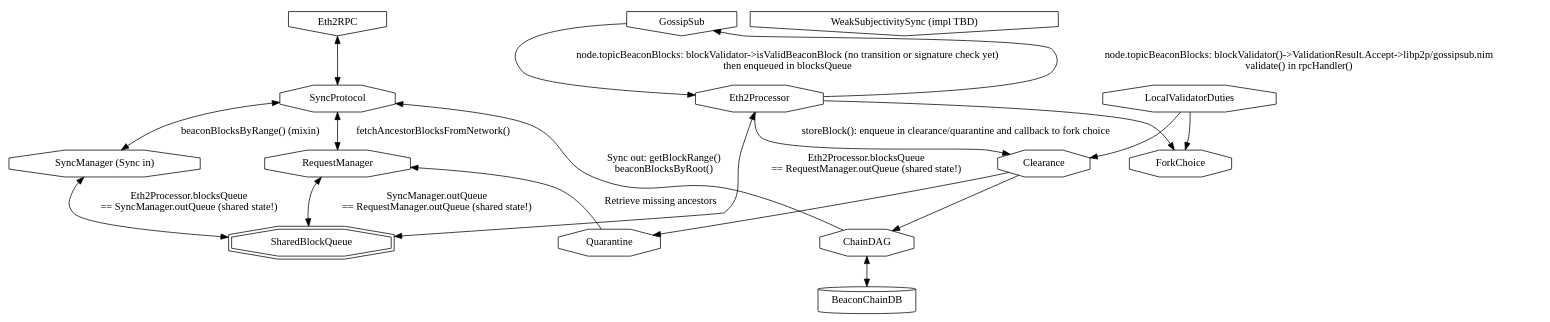
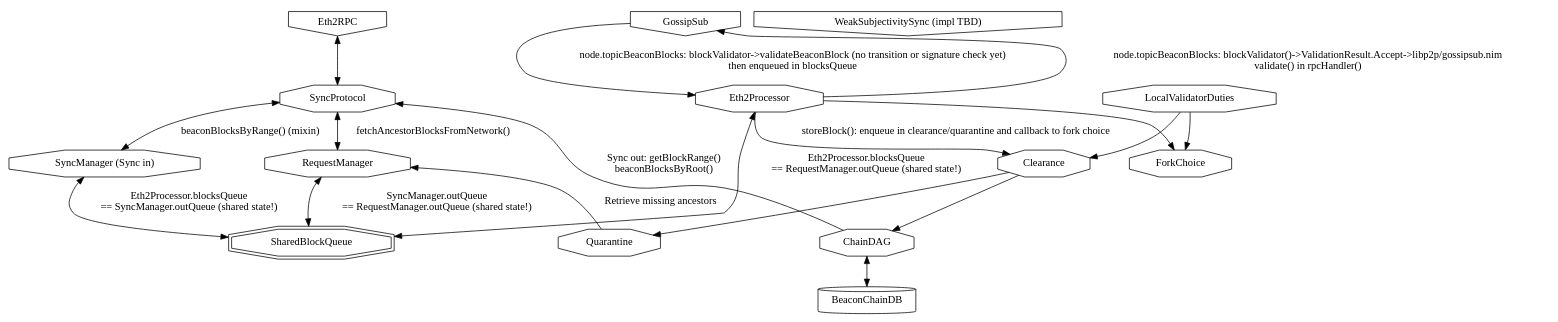
The diagram in docs/block_flow.dot (status-im/nimbus-eth2), drawn with Graphviz before and after one commit. The commit also changed 15 other files, not shown here.

```diff
--- a/docs/block_flow.dot
+++ b/docs/block_flow.dot
@@ -1,40 +1,40 @@
 digraph architecture{
   node [shape = invhouse]; Eth2RPC GossipSub WeakSubjectivitySync;
   node [shape = octagon]; SyncManager SyncProtocol RequestManager;
   SyncManager [label="SyncManager (Sync in)"];
   node [shape = doubleoctagon] SharedBlockQueue;
   {rank = same; SyncManager RequestManager;}
   {rank = same; Eth2RPC GossipSub WeakSubjectivitySync;}
 
   WeakSubjectivitySync [label="WeakSubjectivitySync (impl TBD)"];
 
   node [shape = octagon]; Eth2Processor RequestManager;
   node [shape = octagon]; ChainDAG Quarantine Clearance;
 
   Eth2RPC -> SyncProtocol [dir=both]
   SyncProtocol -> SyncManager [dir=both, label="beaconBlocksByRange() (mixin)"]
 
-  GossipSub -> Eth2Processor [label="node.topicBeaconBlocks: blockValidator->isValidBeaconBlock (no transition or signature check yet)\nthen enqueued in blocksQueue"];
+  GossipSub -> Eth2Processor [label="node.topicBeaconBlocks: blockValidator->validateBeaconBlock (no transition or signature check yet)\nthen enqueued in blocksQueue"];
   GossipSub -> Eth2Processor [dir=back, label="node.topicBeaconBlocks: blockValidator()->ValidationResult.Accept->libp2p/gossipsub.nim\nvalidate() in rpcHandler()"];
 
   Eth2Processor -> Clearance [label="storeBlock(): enqueue in clearance/quarantine and callback to fork choice"];
   SyncProtocol -> RequestManager [dir=both, label="fetchAncestorBlocksFromNetwork()"];
 
   SyncManager -> SharedBlockQueue [dir=both, label="Eth2Processor.blocksQueue\n== SyncManager.outQueue (shared state!)"];
   Eth2Processor -> SharedBlockQueue [dir=both, label="Eth2Processor.blocksQueue\n== RequestManager.outQueue (shared state!)"];
   SharedBlockQueue -> RequestManager [dir=both, label="SyncManager.outQueue\n== RequestManager.outQueue (shared state!)"];
 
   LocalValidatorDuties -> Clearance
 
   RequestManager -> Quarantine [dir=back, label="Retrieve missing ancestors"]
   Clearance -> Quarantine
   Clearance -> ChainDAG
 
   Eth2Processor -> ForkChoice
   LocalValidatorDuties -> ForkChoice
 
   node [shape = cylinder]; BeaconChainDB;
   ChainDAG -> BeaconChainDB [dir=both]
 
   SyncProtocol -> ChainDAG [dir=back, label="Sync out: getBlockRange()\nbeaconBlocksByRoot()\n"]
 }
```
